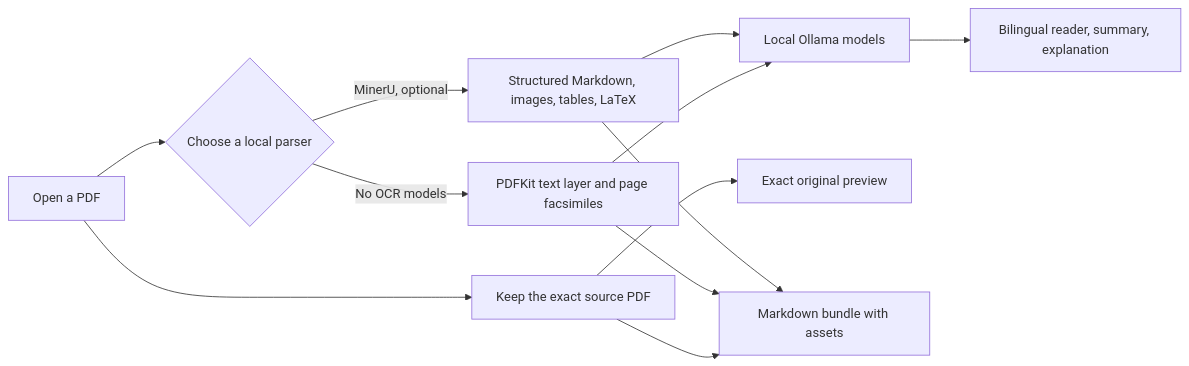
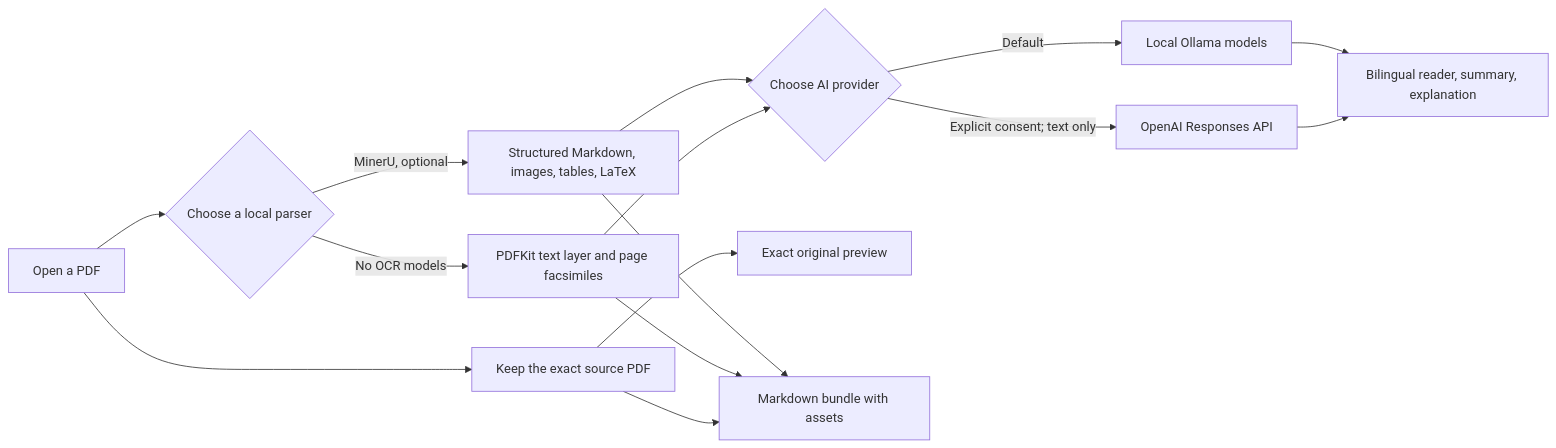
Before and after one commit to haoyunLi/PaperBridge: the second of 2 diagrams in README.md, drawn with Mermaid. The commit also changed other lines of this file and 20 other files, not shown here.

Commit message:
Release 1.10.0: add optional OpenAI analysis and preserve provider results

````diff
--- a/README.md
+++ b/README.md
@@ -170,14 +208,17 @@
 ```mermaid
 flowchart LR
     A["Open a PDF"] --> B["Keep the exact source PDF"]
     A --> C{"Choose a local parser"}
     C -->|"MinerU, optional"| D["Structured Markdown, images, tables, LaTeX"]
     C -->|"No OCR models"| E["PDFKit text layer and page facsimiles"]
-    D --> F["Local Ollama models"]
-    E --> F
+    D --> P{"Choose AI provider"}
+    E --> P
+    P -->|"Default"| F["Local Ollama models"]
+    P -->|"Explicit consent; text only"| O["OpenAI Responses API"]
     F --> G["Bilingual reader, summary, explanation"]
+    O --> G
     B --> H["Exact original preview"]
     D --> I["Markdown bundle with assets"]
     E --> I
     B --> I
 ```
````
